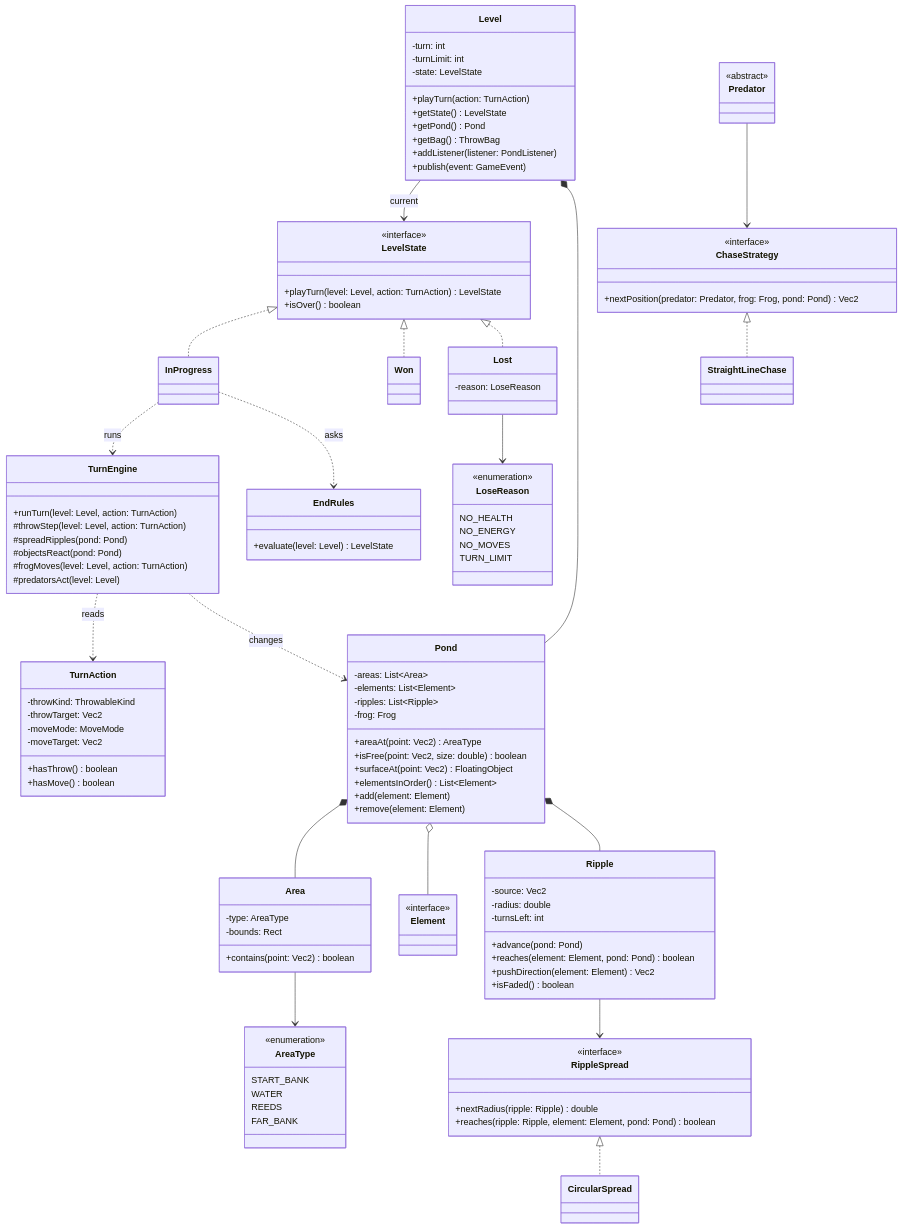
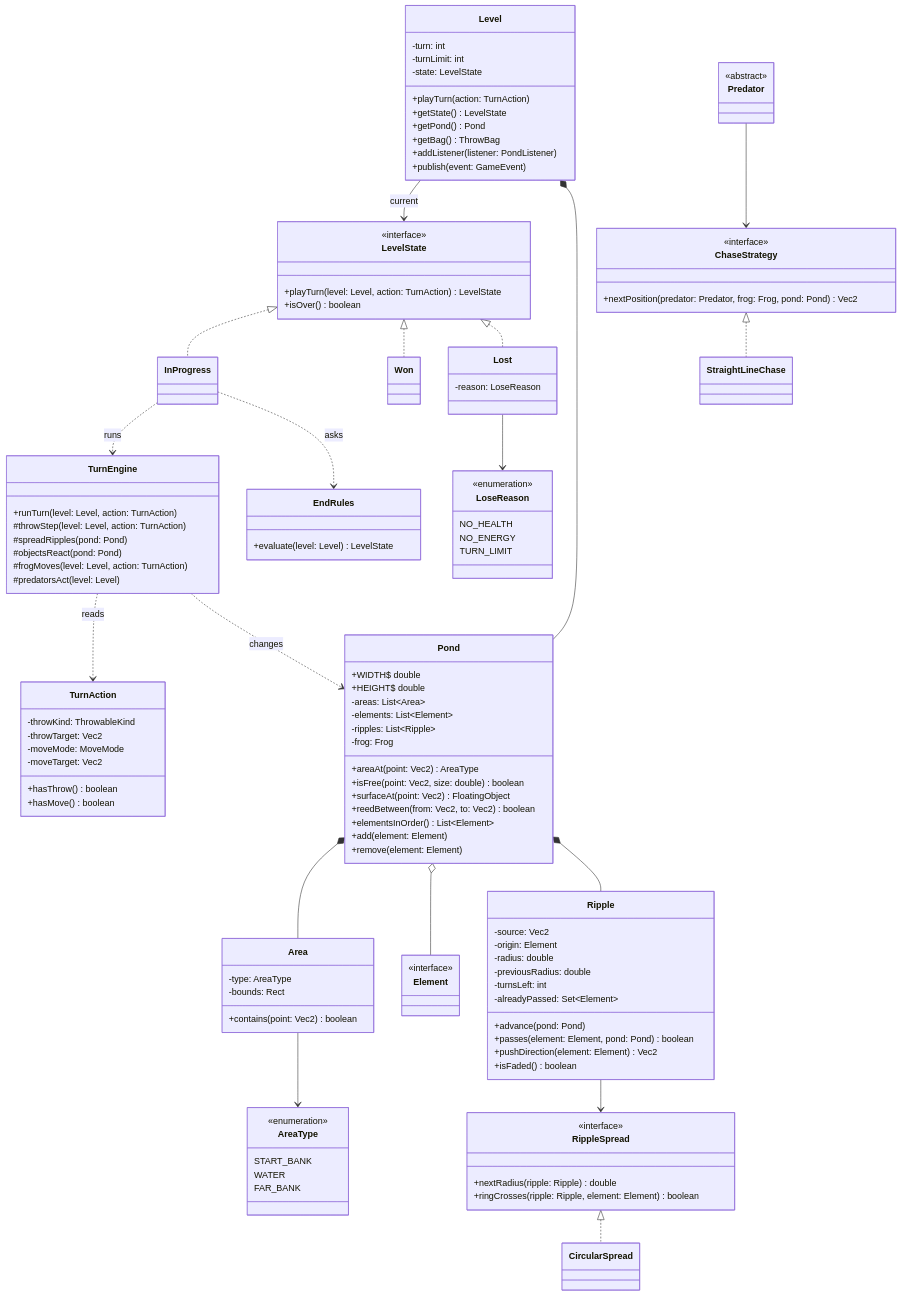
The third of 4 diagrams in docs/RIPPLE_POND_UML.md (jonathandeveloper26-bit/JavaGame), drawn with Mermaid before and after one commit. The commit also changed other lines of this file and 9 other files, not shown here.

First line of the commit message:
docs: GDD Draft 4, UML version 2, task lists and PDF export script

```diff
--- a/docs/RIPPLE_POND_UML.md
+++ b/docs/RIPPLE_POND_UML.md
@@ -266,7 +281,6 @@
   <<enumeration>>
   NO_HEALTH
   NO_ENERGY
-  NO_MOVES
   TURN_LIMIT
 }
 class TurnAction {
@@ -289,6 +303,8 @@
   +evaluate(level: Level) LevelState
 }
 class Pond {
+  +WIDTH$ double
+  +HEIGHT$ double
   -areas: List~Area~
   -elements: List~Element~
   -ripples: List~Ripple~
@@ -296,6 +312,7 @@
   +areaAt(point: Vec2) AreaType
   +isFree(point: Vec2, size: double) boolean
   +surfaceAt(point: Vec2) FloatingObject
+  +reedBetween(from: Vec2, to: Vec2) boolean
   +elementsInOrder() List~Element~
   +add(element: Element)
   +remove(element: Element)
@@ -309,22 +326,24 @@
   <<enumeration>>
   START_BANK
   WATER
-  REEDS
   FAR_BANK
 }
 class Ripple {
   -source: Vec2
+  -origin: Element
   -radius: double
+  -previousRadius: double
   -turnsLeft: int
+  -alreadyPassed: Set~Element~
   +advance(pond: Pond)
-  +reaches(element: Element, pond: Pond) boolean
+  +passes(element: Element, pond: Pond) boolean
   +pushDirection(element: Element) Vec2
   +isFaded() boolean
 }
 class RippleSpread {
   <<interface>>
   +nextRadius(ripple: Ripple) double
-  +reaches(ripple: Ripple, element: Element, pond: Pond) boolean
+  +ringCrosses(ripple: Ripple, element: Element) boolean
 }
 class CircularSpread
 class ChaseStrategy {
```
